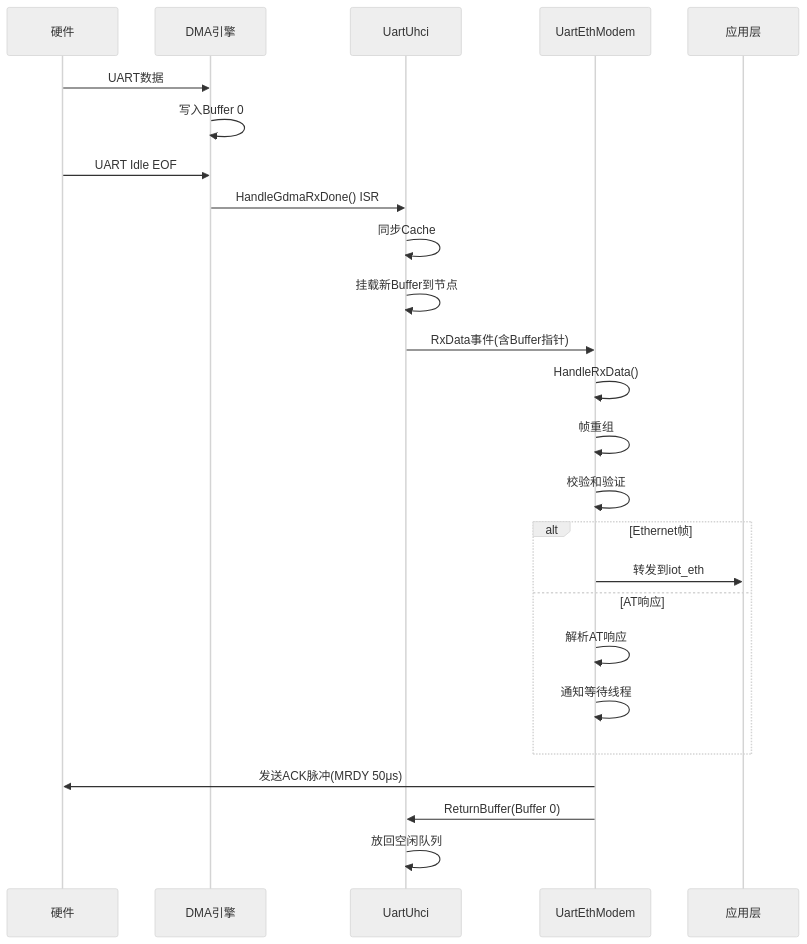
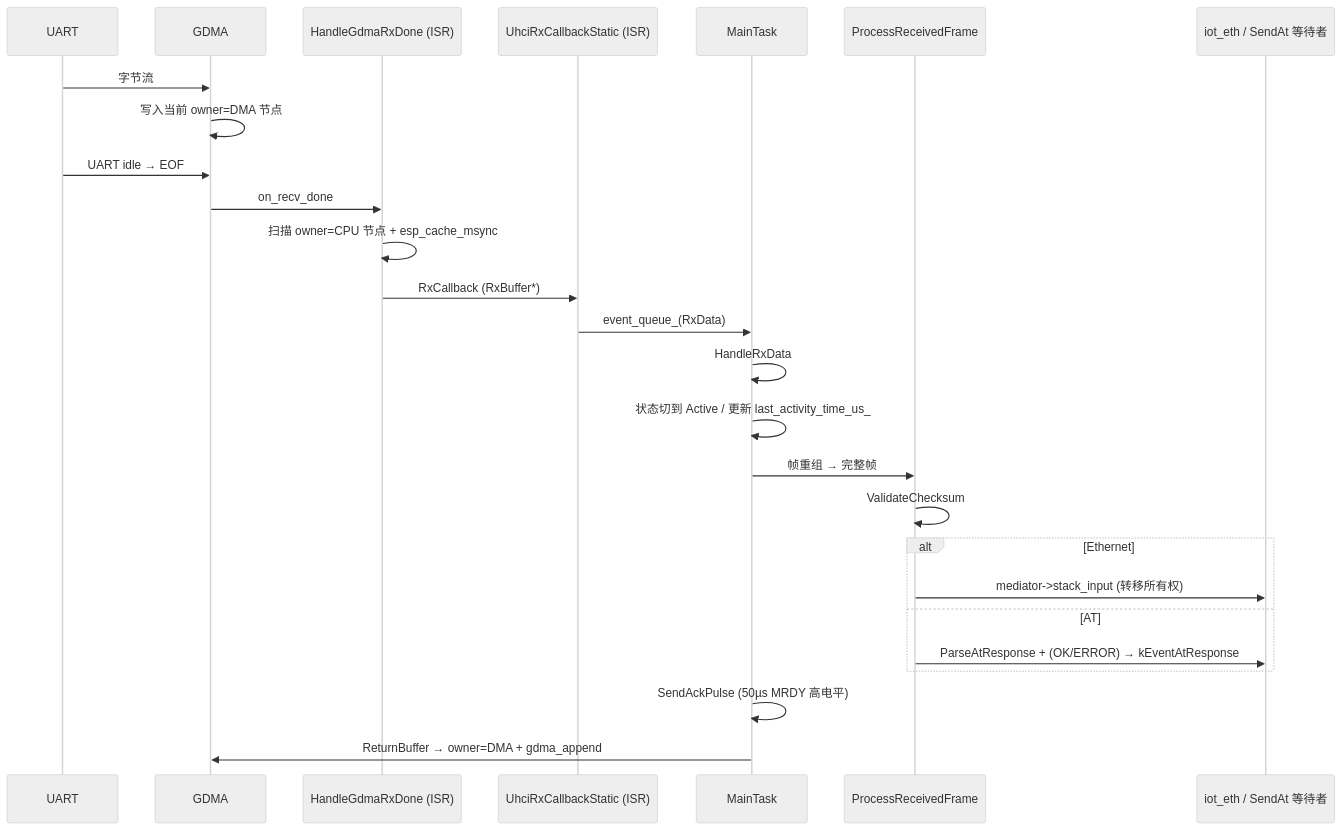
Diagram 16 of 22 in WORKING_PRINCIPLE.md (78/uart-eth-modem), drawn with Mermaid (neutral theme) before and after one commit. The commit also changed other lines of this file and 2 other files, not shown here.

````diff
--- a/WORKING_PRINCIPLE.md
+++ b/WORKING_PRINCIPLE.md
@@ -596,32 +616,30 @@
 ```mermaid
 sequenceDiagram
-    participant HW as 硬件
-    participant DMA as DMA引擎
-    participant UHCI as UartUhci
-    participant MODEM as UartEthModem
-    participant APP as 应用层
-    
-    HW->>DMA: UART数据
-    DMA->>DMA: 写入Buffer 0
-    HW->>DMA: UART Idle EOF
-    
-    DMA->>UHCI: HandleGdmaRxDone() ISR
-    UHCI->>UHCI: 同步Cache
-    UHCI->>UHCI: 挂载新Buffer到节点
-    UHCI->>MODEM: RxData事件(含Buffer指针)
-    
-    MODEM->>MODEM: HandleRxData()
-    MODEM->>MODEM: 帧重组
-    MODEM->>MODEM: 校验和验证
-    
-    alt Ethernet帧
-        MODEM->>APP: 转发到iot_eth
-    else AT响应
-        MODEM->>MODEM: 解析AT响应
-        MODEM->>MODEM: 通知等待线程
+    participant HW as UART
+    participant DMA as GDMA
+    participant ISR as HandleGdmaRxDone (ISR)
+    participant CB as UhciRxCallbackStatic (ISR)
+    participant MAIN as MainTask
+    participant FRAME as ProcessReceivedFrame
+    participant APP as iot_eth / SendAt 等待者
+
+    HW->>DMA: 字节流
+    DMA->>DMA: 写入当前 owner=DMA 节点
+    HW->>DMA: UART idle → EOF
+    DMA->>ISR: on_recv_done
+    ISR->>ISR: 扫描 owner=CPU 节点 + esp_cache_msync
+    ISR->>CB: RxCallback (RxBuffer*)
+    CB->>MAIN: event_queue_(RxData)
+
+    MAIN->>MAIN: HandleRxData
+    MAIN->>MAIN: 状态切到 Active / 更新 last_activity_time_us_
+    MAIN->>FRAME: 帧重组 → 完整帧
+    FRAME->>FRAME: ValidateChecksum
+    alt Ethernet
+        FRAME->>APP: mediator->stack_input (转移所有权)
+    else AT
+        FRAME->>APP: ParseAtResponse + (OK/ERROR) → kEventAtResponse
     end
-    
-    MODEM->>HW: 发送ACK脉冲(MRDY 50μs)
-    MODEM->>UHCI: ReturnBuffer(Buffer 0)
-    UHCI->>UHCI: 放回空闲队列
+    MAIN->>MAIN: SendAckPulse (50µs MRDY 高电平)
+    MAIN->>DMA: ReturnBuffer → owner=DMA + gdma_append
 ```
````
